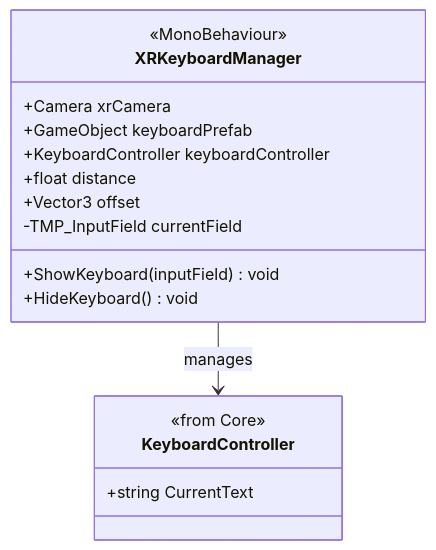
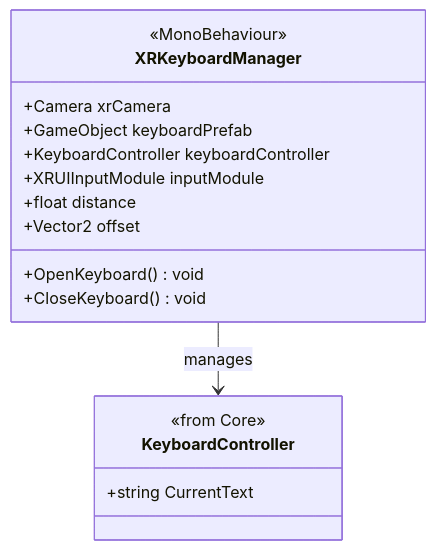
Before and after one commit to Louis27140/XR-Interactions: the diagram in Documentation/Keyboard.md, drawn with Mermaid. The commit also changed other lines of this file and 31 other files, not shown here.

````diff
--- a/Documentation/Keyboard.md
+++ b/Documentation/Keyboard.md
@@ -7,21 +9,21 @@
 ```mermaid
 classDiagram
     class XRKeyboardManager {
         <<MonoBehaviour>>
         +Camera xrCamera
         +GameObject keyboardPrefab
         +KeyboardController keyboardController
+        +XRUIInputModule inputModule
         +float distance
-        +Vector3 offset
-        -TMP_InputField currentField
-        +ShowKeyboard(inputField) void
-        +HideKeyboard() void
+        +Vector2 offset
+        +OpenKeyboard() void
+        +CloseKeyboard() void
     }
-    
+
     class KeyboardController {
         <<from Core>>
         +string CurrentText
     }
-    
+
     XRKeyboardManager --> KeyboardController : manages
 ```
````
